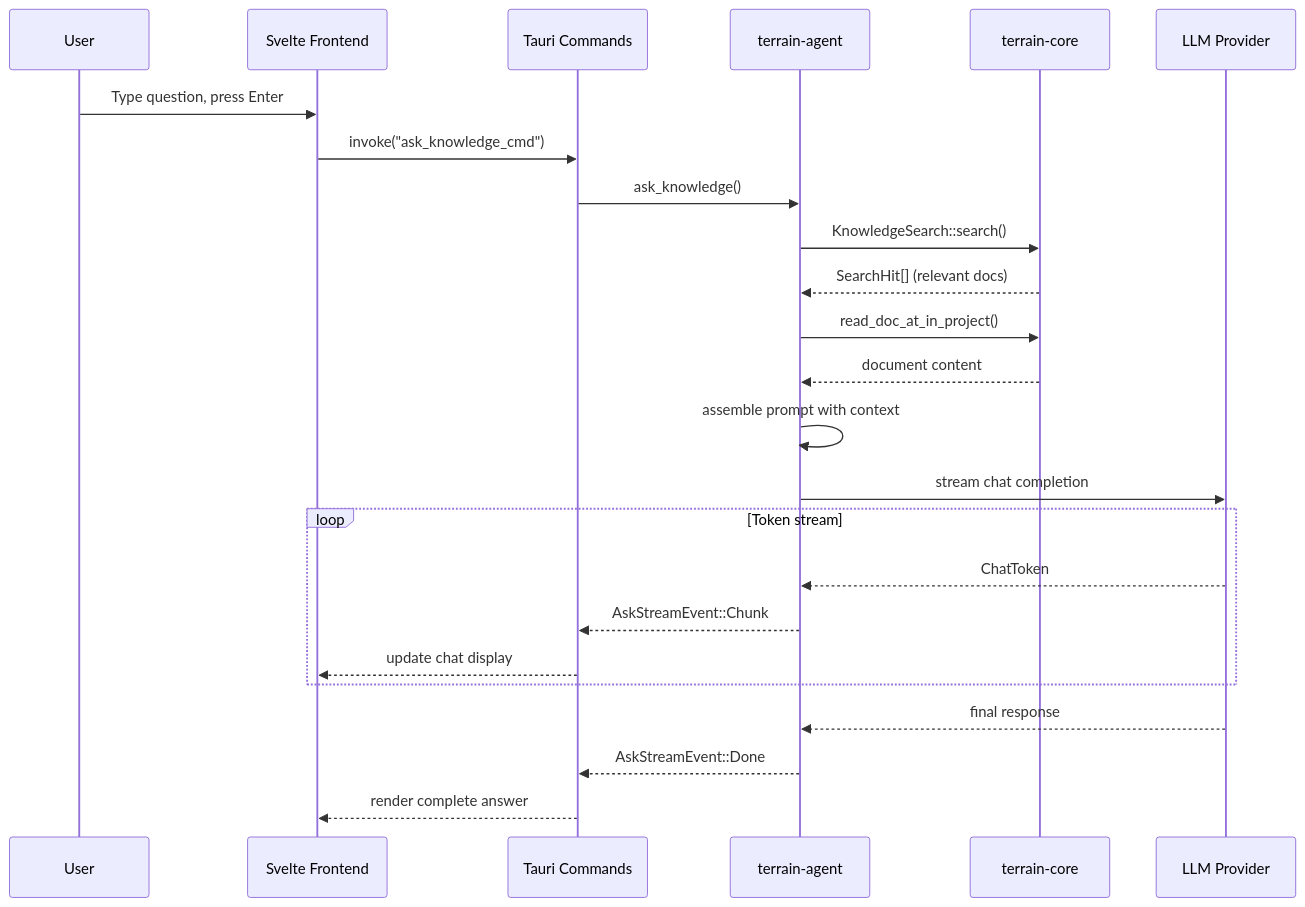
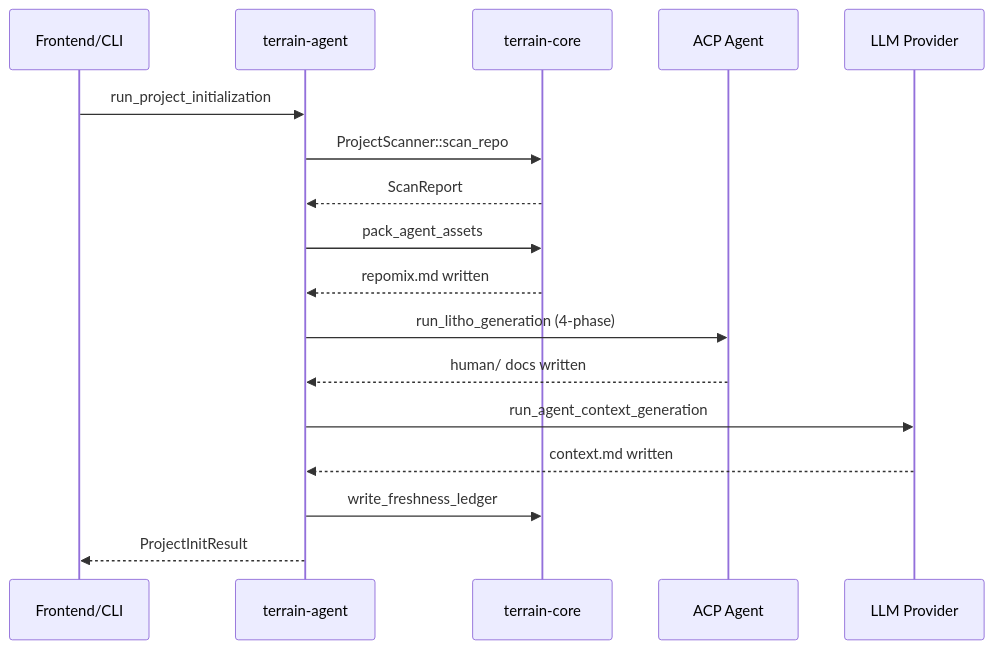
Before and after one commit to sopaco/terrain: the fifth of 6 diagrams in .terrain/human/2.Architecture.md, drawn with Mermaid. The commit also changed other lines of this file and 10 other files, not shown here.

````diff
--- a/.terrain/human/2.Architecture.md
+++ b/.terrain/human/2.Architecture.md
@@ -223,27 +194,20 @@
 ```mermaid
 sequenceDiagram
-    participant User
-    participant UI as Svelte Frontend
-    participant Tauri as Tauri Commands
+    participant UI as Frontend/CLI
     participant Agent as terrain-agent
     participant Core as terrain-core
+    participant ACP as ACP Agent
     participant LLM as LLM Provider
 
-    User->>UI: Type question, press Enter
-    UI->>Tauri: invoke("ask_knowledge_cmd")
-    Tauri->>Agent: ask_knowledge()
-    Agent->>Core: KnowledgeSearch::search()
-    Core-->>Agent: SearchHit[] (relevant docs)
-    Agent->>Core: read_doc_at_in_project()
-    Core-->>Agent: document content
-    Agent->>Agent: assemble prompt with context
-    Agent->>LLM: stream chat completion
-    loop Token stream
-        LLM-->>Agent: ChatToken
-        Agent-->>Tauri: AskStreamEvent::Chunk
-        Tauri-->>UI: update chat display
-    end
-    LLM-->>Agent: final response
-    Agent-->>Tauri: AskStreamEvent::Done
-    Tauri-->>UI: render complete answer
+    UI->>Agent: run_project_initialization
+    Agent->>Core: ProjectScanner::scan_repo
+    Core-->>Agent: ScanReport
+    Agent->>Core: pack_agent_assets
+    Core-->>Agent: repomix.md written
+    Agent->>ACP: run_litho_generation (4-phase)
+    ACP-->>Agent: human/ docs written
+    Agent->>LLM: run_agent_context_generation
+    LLM-->>Agent: context.md written
+    Agent->>Core: write_freshness_ledger
+    Agent-->>UI: ProjectInitResult
 ```
````
